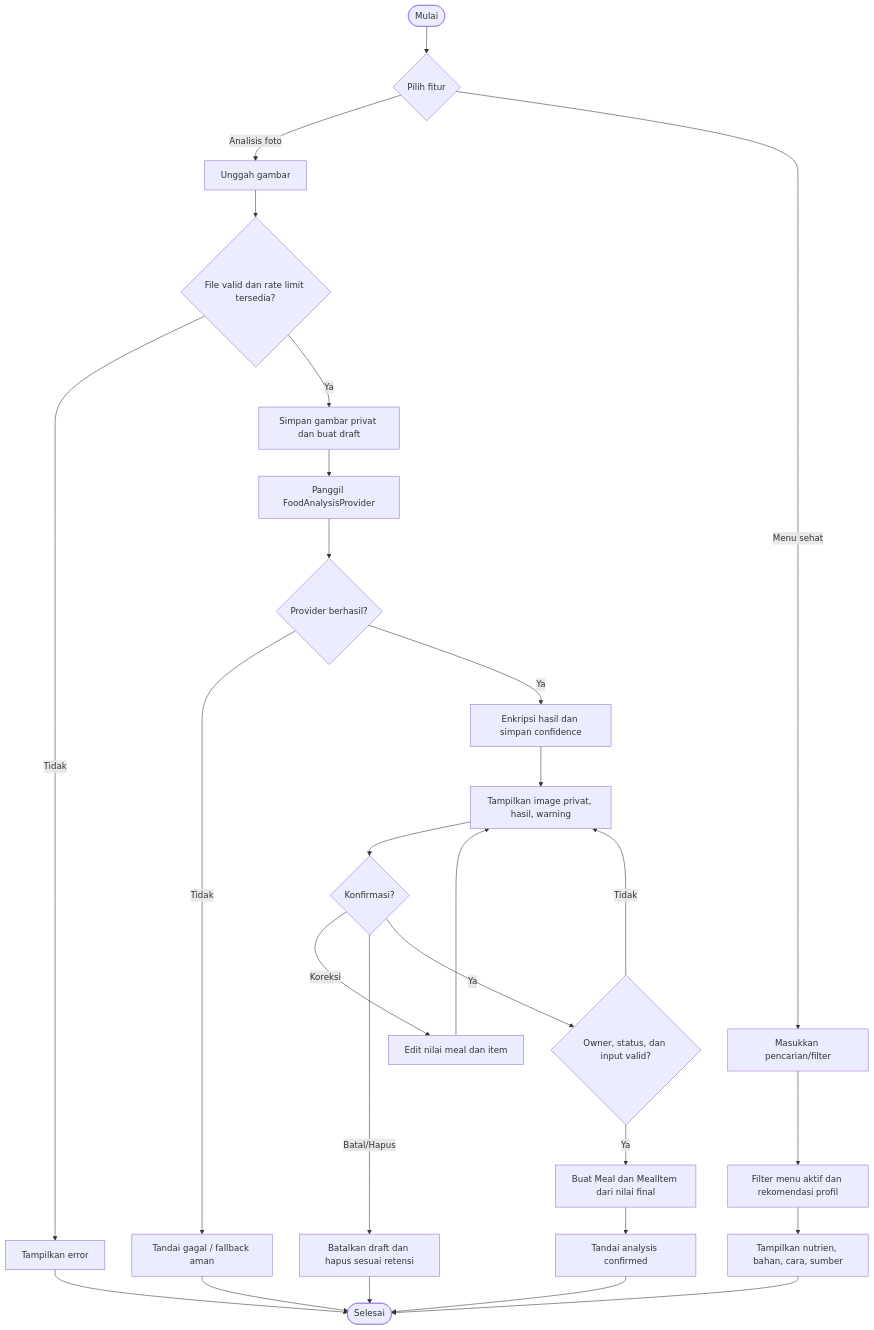
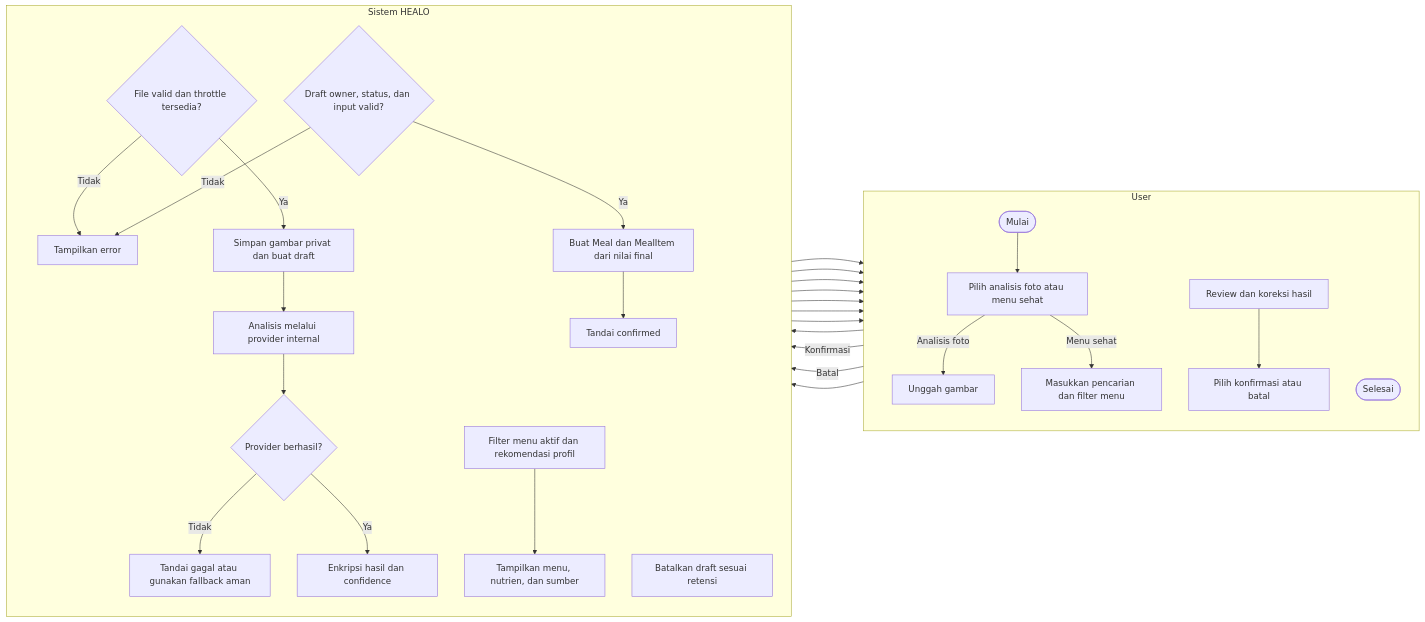
One commit to Daffa-Qiao/Healo changed the fifth of 11 diagrams in docs/system-analysis/03-activity-diagrams.md. Above: the diagram before and after it, drawn with Mermaid. The commit also changed other lines of this file and 4 other files, not shown here.

Commit message:
renew diagram

````diff
--- a/docs/system-analysis/03-activity-diagrams.md
+++ b/docs/system-analysis/03-activity-diagrams.md
@@ -140,29 +200,42 @@
 ```mermaid
-flowchart TD
-    A([Mulai]) --> B{Pilih fitur}
-    B -- Analisis foto --> C[Unggah gambar]
-    C --> D{File valid dan rate limit tersedia?}
-    D -- Tidak --> E[Tampilkan error]
-    D -- Ya --> F[Simpan gambar privat dan buat draft]
-    F --> G[Panggil FoodAnalysisProvider]
-    G --> H{Provider berhasil?}
-    H -- Tidak --> I[Tandai gagal / fallback aman]
-    H -- Ya --> J[Enkripsi hasil dan simpan confidence]
-    J --> K[Tampilkan image privat, hasil, warning]
-    K --> L{Konfirmasi?}
-    L -- Koreksi --> M[Edit nilai meal dan item]
-    M --> K
-    L -- Batal/Hapus --> N[Batalkan draft dan hapus sesuai retensi]
-    L -- Ya --> O{Owner, status, dan input valid?}
-    O -- Tidak --> K
-    O -- Ya --> P[Buat Meal dan MealItem dari nilai final]
-    P --> Q[Tandai analysis confirmed]
-    B -- Menu sehat --> R[Masukkan pencarian/filter]
-    R --> S[Filter menu aktif dan rekomendasi profil]
-    S --> T[Tampilkan nutrien, bahan, cara, sumber]
-    E --> U([Selesai])
-    I --> U
-    N --> U
-    Q --> U
-    T --> U
+flowchart LR
+    subgraph U["User"]
+        direction TB
+        U1([Mulai])
+        U2[Pilih analisis foto atau menu sehat]
+        U3[Unggah gambar]
+        U4[Review dan koreksi hasil]
+        U5[Pilih konfirmasi atau batal]
+        U6[Masukkan pencarian dan filter menu]
+        U7([Selesai])
+    end
+
+    subgraph S["Sistem HEALO"]
+        direction TB
+        S1{File valid dan throttle tersedia?}
+        S2[Simpan gambar privat dan buat draft]
+        S3[Analisis melalui provider internal]
+        S4{Provider berhasil?}
+        S5[Enkripsi hasil dan confidence]
+        S6[Tandai gagal atau gunakan fallback aman]
+        S7{Draft owner, status, dan input valid?}
+        S8[Buat Meal dan MealItem dari nilai final]
+        S9[Tandai confirmed]
+        S10[Batalkan draft sesuai retensi]
+        S11[Filter menu aktif dan rekomendasi profil]
+        S12[Tampilkan menu, nutrien, dan sumber]
+        S13[Tampilkan error]
+    end
+
+    U1 --> U2
+    U2 -- Analisis foto --> U3 --> S1
+    S1 -- Tidak --> S13 --> U3
+    S1 -- Ya --> S2 --> S3 --> S4
+    S4 -- Tidak --> S6 --> U7
+    S4 -- Ya --> S5 --> U4 --> U5
+    U5 -- Konfirmasi --> S7
+    S7 -- Tidak --> S13 --> U4
+    S7 -- Ya --> S8 --> S9 --> U7
+    U5 -- Batal --> S10 --> U7
+    U2 -- Menu sehat --> U6 --> S11 --> S12 --> U7
 ```
````
